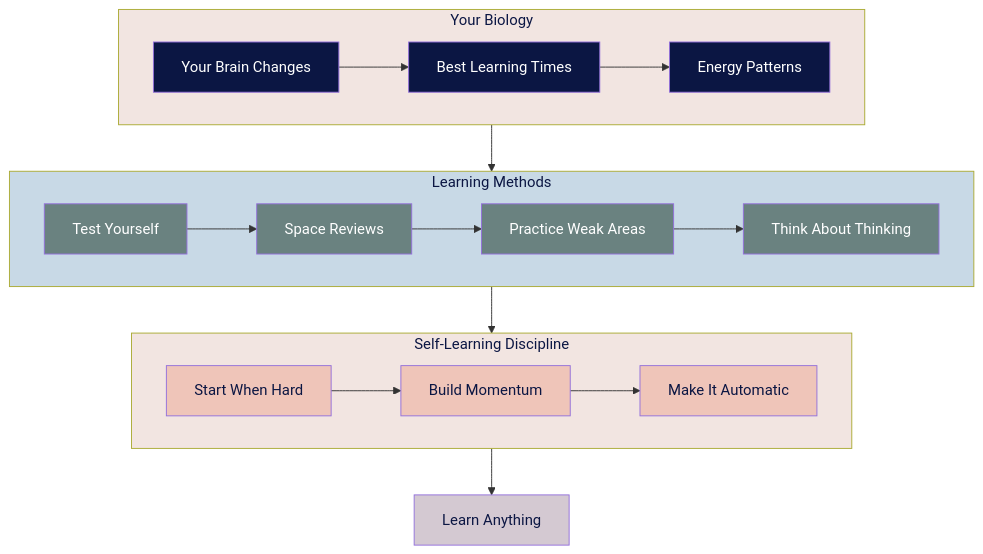
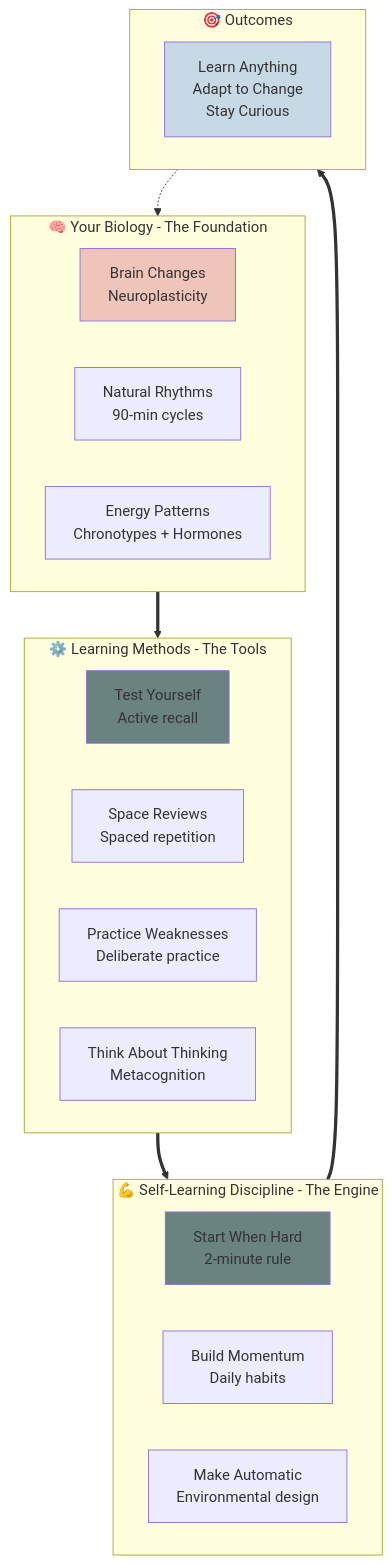
One commit to ninabrenes/ai-for-normal-people changed the first of 5 diagrams in how-to-learn-anything.md. Above: the diagram before and after it, drawn with Mermaid. The commit also changed other lines of this file, not shown here.

````diff
--- a/how-to-learn-anything.md
+++ b/how-to-learn-anything.md
@@ -28,37 +28,35 @@
 ```mermaid
 graph TD
-    subgraph Biology[Your Biology]
-        Brain[Your Brain Changes] --> Timing[Best Learning Times]
-        Timing --> Energy[Energy Patterns]
+    subgraph Biology[🧠 Your Biology - The Foundation]
+        Brain[Brain Changes<br/>Neuroplasticity] 
+        Timing[Natural Rhythms<br/>90-min cycles]
+        Energy[Energy Patterns<br/>Chronotypes + Hormones]
     end
     
-    subgraph Methods[Learning Methods]
-        Test[Test Yourself] --> Space[Space Reviews]
-        Space --> Practice[Practice Weak Areas]
-        Practice --> Think[Think About Thinking]
+    subgraph Methods[⚙️ Learning Methods - The Tools]
+        Test[Test Yourself<br/>Active recall]
+        Space[Space Reviews<br/>Spaced repetition] 
+        Practice[Practice Weaknesses<br/>Deliberate practice]
+        Think[Think About Thinking<br/>Metacognition]
     end
     
-    subgraph Discipline[Self-Learning Discipline]
-        Start[Start When Hard] --> Momentum[Build Momentum]
-        Momentum --> Habits[Make It Automatic]
+    subgraph Discipline[💪 Self-Learning Discipline - The Engine]
+        Start[Start When Hard<br/>2-minute rule]
+        Momentum[Build Momentum<br/>Daily habits]
+        Habits[Make Automatic<br/>Environmental design]
     end
     
-    Biology --> Methods
-    Methods --> Discipline
-    Discipline --> Results[Learn Anything]
+    subgraph Results[🎯 Outcomes]
+        Adaptive[Learn Anything<br/>Adapt to Change<br/>Stay Curious]
+    end
     
-    style Brain fill:#0b1643,color:#ffffff
-    style Timing fill:#0b1643,color:#ffffff
-    style Energy fill:#0b1643,color:#ffffff
-    style Test fill:#6a8280,color:#ffffff
-    style Space fill:#6a8280,color:#ffffff
-    style Practice fill:#6a8280,color:#ffffff
-    style Think fill:#6a8280,color:#ffffff
-    style Start fill:#efc5b9,color:#0b1643
-    style Momentum fill:#efc5b9,color:#0b1643
-    style Habits fill:#efc5b9,color:#0b1643
-    style Results fill:#d4c9d2,color:#0b1643
-    style Biology fill:#f2e5e1,color:#0b1643
-    style Methods fill:#c8d9e6,color:#0b1643
-    style Discipline fill:#f2e5e1,color:#0b1643
+    Biology ==> Methods
+    Methods ==> Discipline  
+    Discipline ==> Results
+    Results -.-> Biology
+    
+    style Brain fill:#efc5b9
+    style Test fill:#6a8280
+    style Start fill:#6a8280  
+    style Adaptive fill:#c8d9e6
 ```
````
